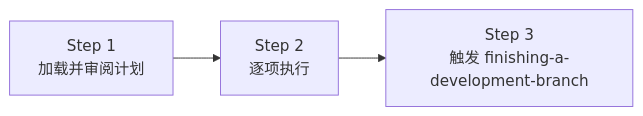
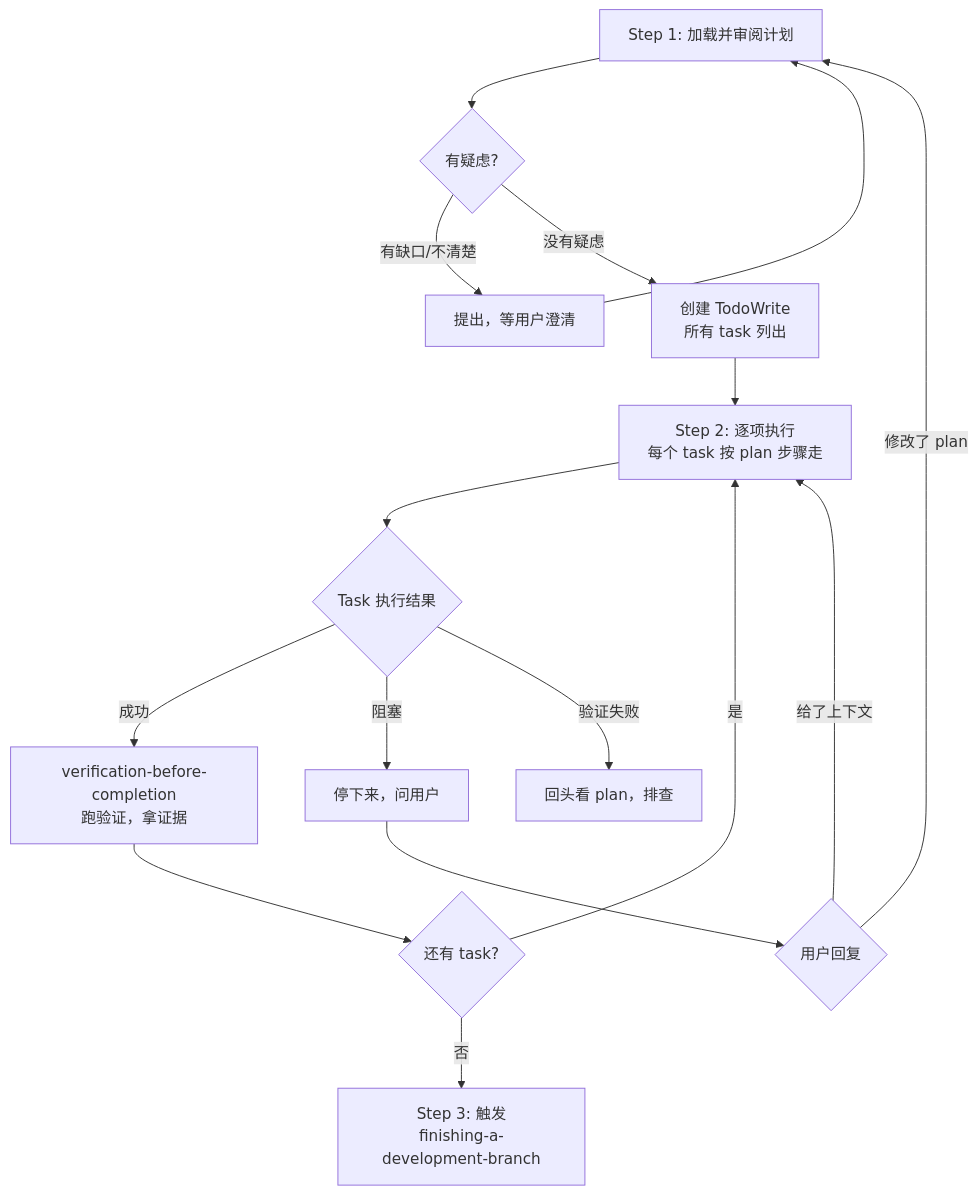
Before and after one commit to ethan-jiang-3/superpowers: the diagram in _digest/00-初级/04-executing-plans.md, drawn with Mermaid. The commit also changed other lines of this file and 3 other files, not shown here.

````diff
--- a/_digest/00-初级/04-executing-plans.md
+++ b/_digest/00-初级/04-executing-plans.md
@@ -15,5 +15,18 @@
 ```mermaid
-graph LR
-    A["Step 1<br/>加载并审阅计划"] --> B["Step 2<br/>逐项执行"]
-    B --> C["Step 3<br/>触发 finishing-a-development-branch"]
+graph TD
+    A["Step 1: 加载并审阅计划"] --> B{有疑虑?}
+    B -->|"有缺口/不清楚"| C[提出，等用户澄清]
+    B -->|"没有疑虑"| D[创建 TodoWrite<br/>所有 task 列出]
+    C --> A
+    D --> E["Step 2: 逐项执行<br/>每个 task 按 plan 步骤走"]
+    E --> F{Task 执行结果}
+    F -->|"成功"| G["verification-before-completion<br/>跑验证，拿证据"]
+    F -->|"阻塞"| H[停下来，问用户]
+    F -->|"验证失败"| I[回头看 plan，排查]
+    G --> J{还有 task?}
+    J -->|是| E
+    J -->|否| K["Step 3: 触发<br/>finishing-a-development-branch"]
+    H --> L{用户回复}
+    L -->|"修改了 plan"| A
+    L -->|"给了上下文"| E
 ```
````
